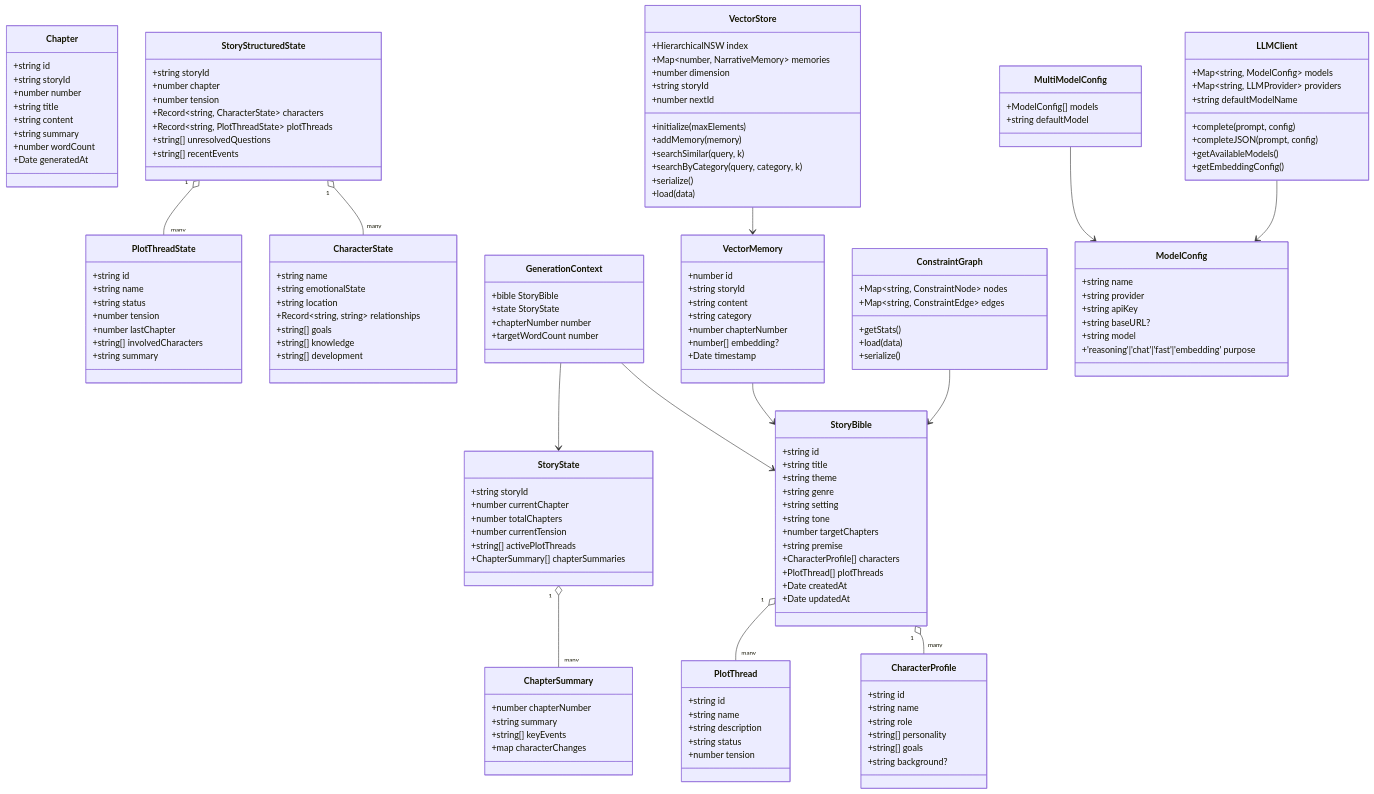
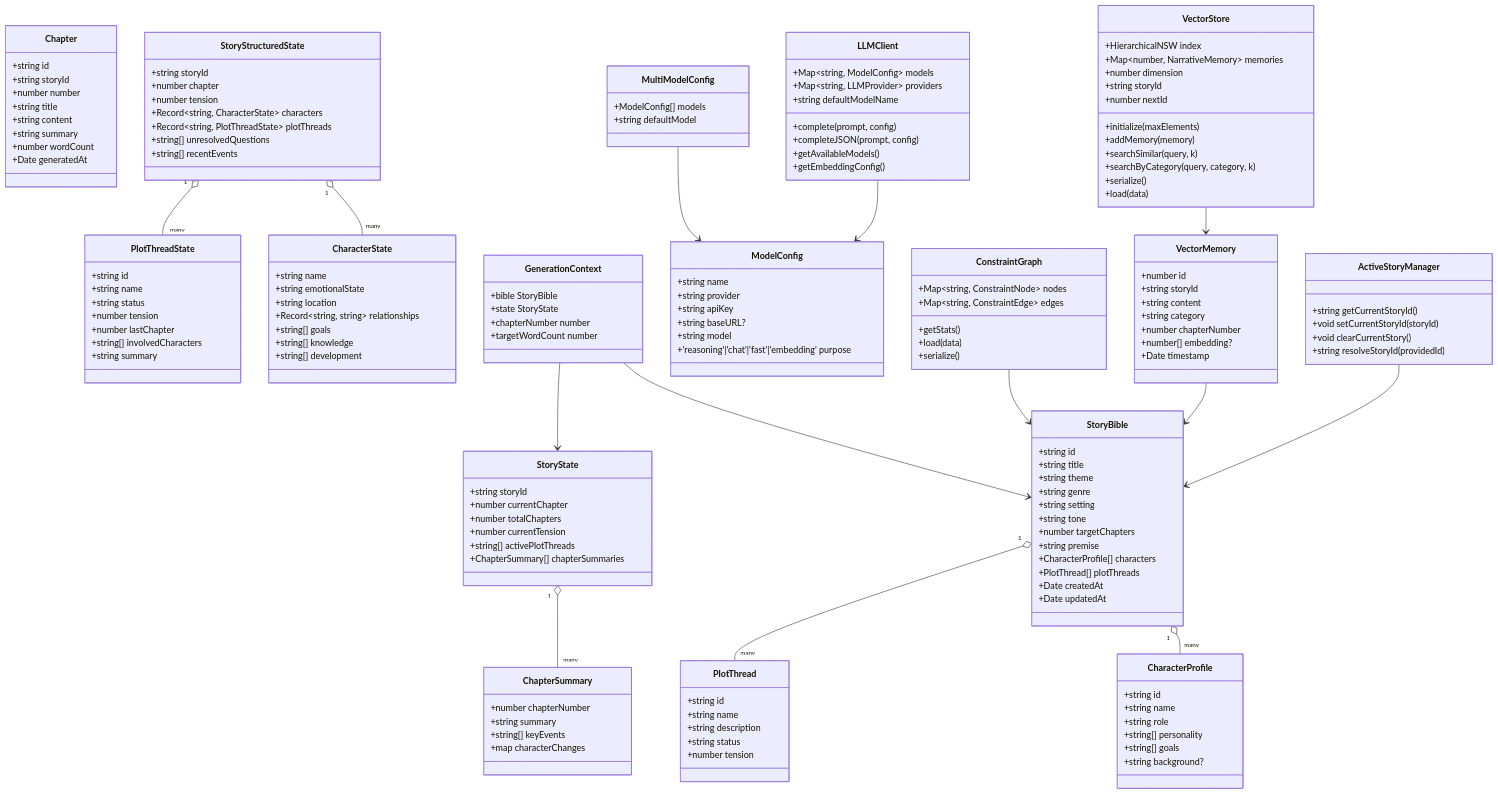
One commit to liwonder/NARRITIVE_OS changed the fourth of 4 diagrams in .qoder/repowiki/en/content/CLI Command Reference.md. Above: the diagram before and after it, drawn with Mermaid. The commit also changed other lines of this file and 12 other files, not shown here.

````diff
--- a/.qoder/repowiki/en/content/CLI Command Reference.md
+++ b/.qoder/repowiki/en/content/CLI Command Reference.md
@@ -1109,6 +1199,12 @@
 +serialize()
 +load(data)
 }
+class ActiveStoryManager {
++string getCurrentStoryId()
++void setCurrentStoryId(storyId)
++void clearCurrentStory()
++string resolveStoryId(providedId)
+}
 StoryBible "1" o-- "many" CharacterProfile
 StoryBible "1" o-- "many" PlotThread
 StoryState "1" o-- "many" ChapterSummary
@@ -1121,4 +1217,5 @@
 LLMClient --> ModelConfig
 MultiModelConfig --> ModelConfig
 VectorStore --> VectorMemory
+ActiveStoryManager --> StoryBible
 ```
````
